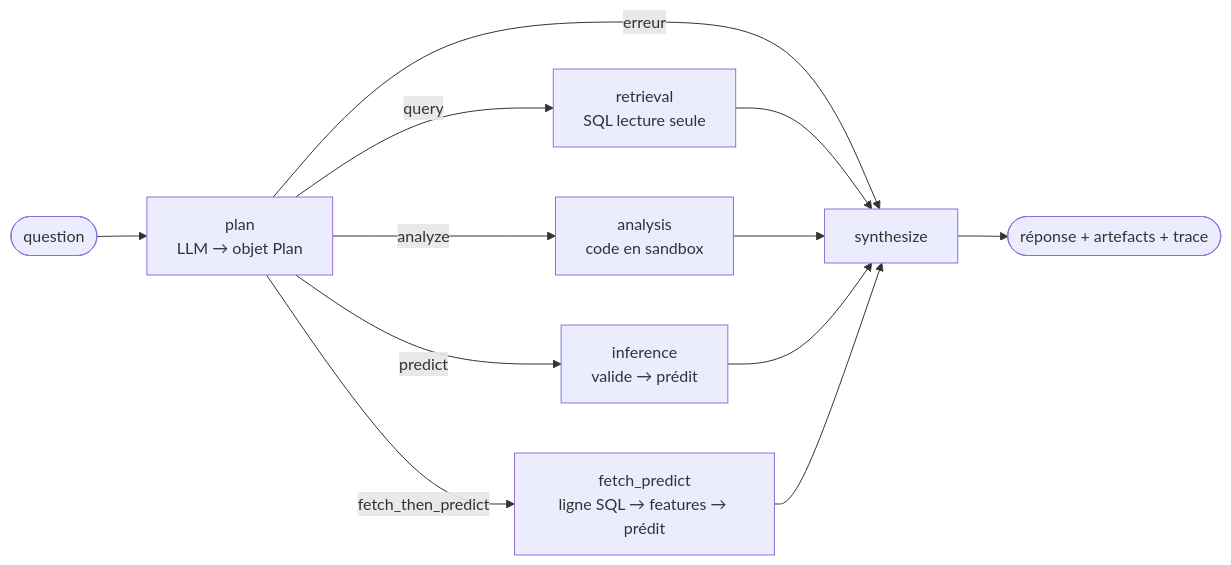
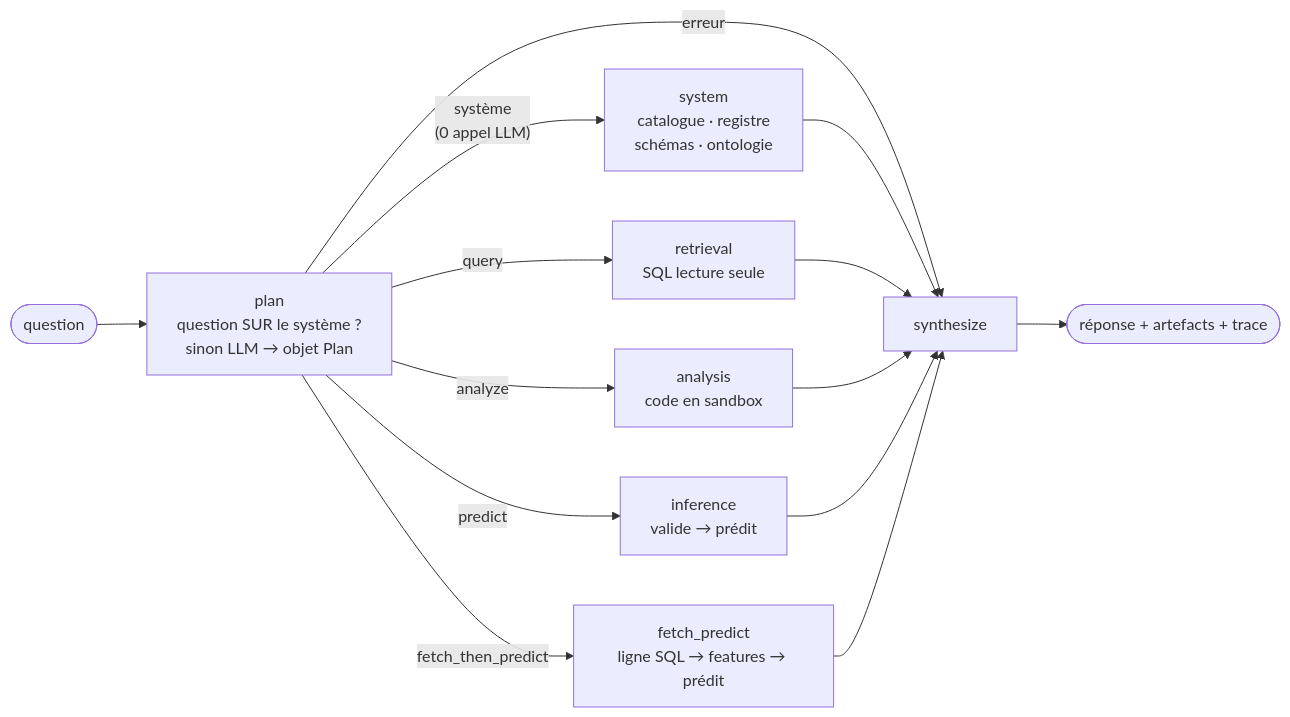
Before and after one commit to floSa/data-analyst-agent: the second of 3 diagrams in docs/ARCHITECTURE.md, drawn with Mermaid. The commit also changed other lines of this file and 12 other files, not shown here.

````diff
--- a/docs/ARCHITECTURE.md
+++ b/docs/ARCHITECTURE.md
@@ -66,14 +68,16 @@
 ```mermaid
 flowchart LR
-    Q(["question"]) --> PLAN["plan<br/>LLM → objet Plan"]
+    Q(["question"]) --> PLAN["plan<br/>question SUR le système ?<br/>sinon LLM → objet Plan"]
+    PLAN -->|"système<br/>(0 appel LLM)"| SYS["system<br/>catalogue · registre<br/>schémas · ontologie"]
     PLAN -->|"query"| RETR["retrieval<br/>SQL lecture seule"]
     PLAN -->|"analyze"| ANAL["analysis<br/>code en sandbox"]
     PLAN -->|"predict"| INFE["inference<br/>valide → prédit"]
     PLAN -->|"fetch_then_predict"| FP["fetch_predict<br/>ligne SQL → features → prédit"]
     PLAN -->|"erreur"| SYN
-    RETR --> SYN["synthesize"]
+    SYS --> SYN["synthesize"]
+    RETR --> SYN
     ANAL --> SYN
     INFE --> SYN
     FP --> SYN
     SYN --> R(["réponse + artefacts + trace"])
 ```
````
